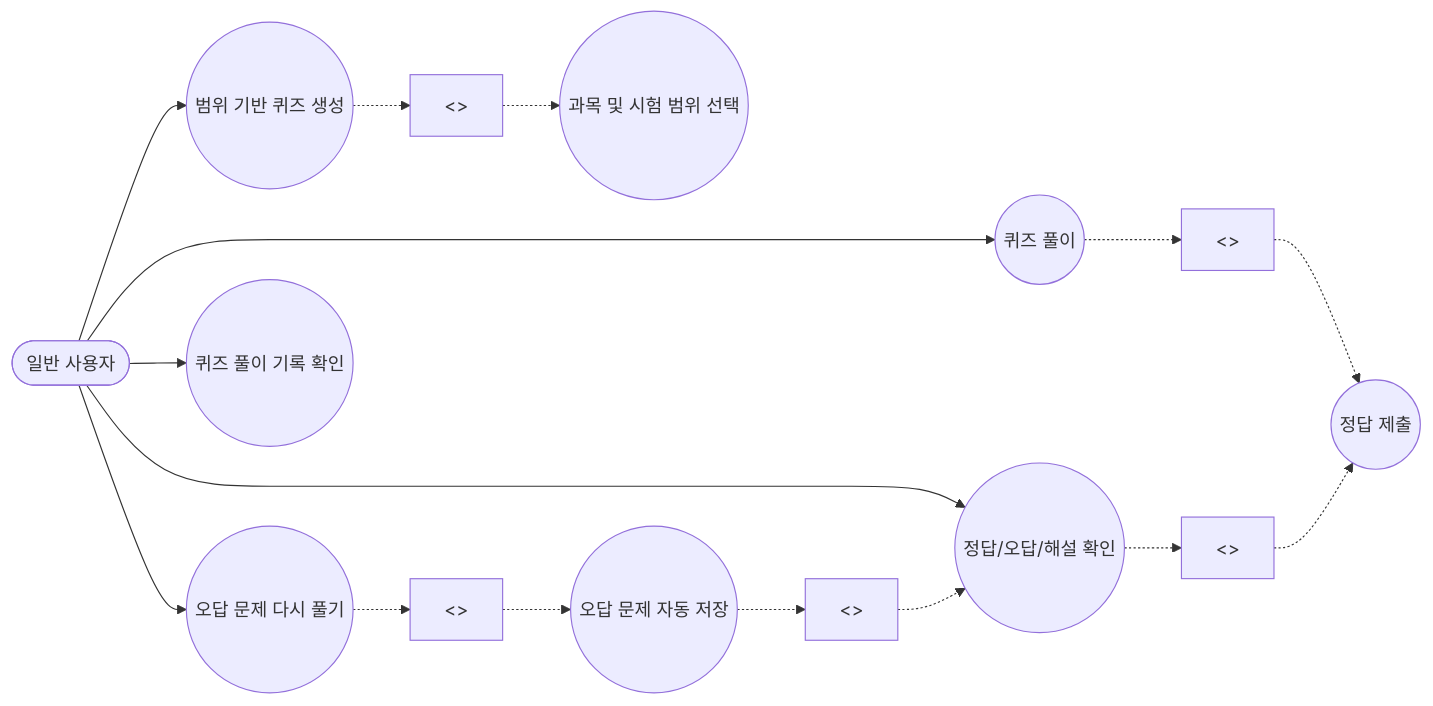
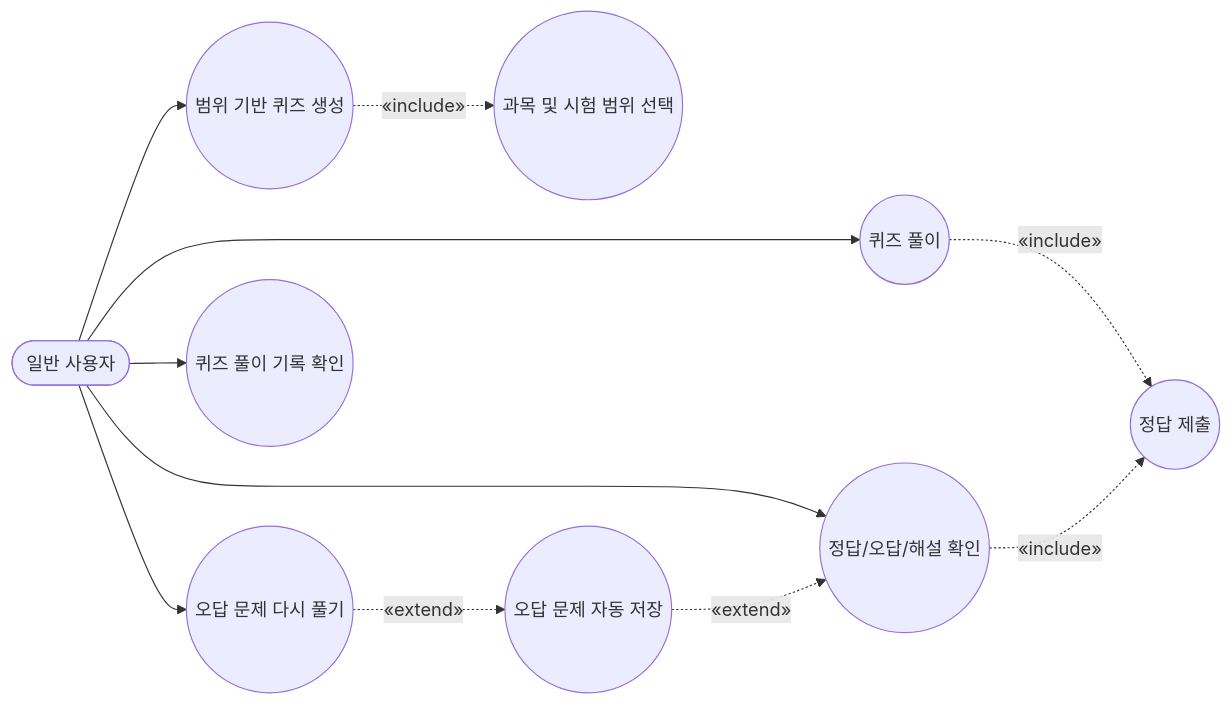
One commit to meaterick/sw-words changed the first of 2 diagrams in docs/M2/UML 다이어그램.md. Above: the diagram before and after it, drawn with Mermaid.

Commit message:
Update UML 다이어그램.md

````diff
--- a/docs/M2/UML 다이어그램.md
+++ b/docs/M2/UML 다이어그램.md
@@ -19,35 +19,31 @@
 ```mermaid
 flowchart LR
-    User([일반 사용자])
+    %% 사용자
+    User([일반 사용자])
 
-    UC1((과목 및 시험 범위 선택))
-    UC2((범위 기반 퀴즈 생성))
-    UC3((퀴즈 풀이))
-    UC4((정답 제출))
-    UC5((정답/오답/해설 확인))
-    UC6((오답 문제 자동 저장))
-    UC7((오답 문제 다시 풀기))
-    UC8((퀴즈 풀이 기록 확인))
+    %% 유스케이스
+    UC1((과목 및 시험 범위 선택))
+    UC2((범위 기반 퀴즈 생성))
+    UC3((퀴즈 풀이))
+    UC4((정답 제출))
+    UC5((정답/오답/해설 확인))
+    UC6((오답 문제 자동 저장))
+    UC7((오답 문제 다시 풀기))
+    UC8((퀴즈 풀이 기록 확인))
 
-    INC1[<<include>>]
-    INC2[<<include>>]
-    INC3[<<include>>]
+    %% 사용자 연결
+    User --> UC2
+    User --> UC3
+    User --> UC5
+    User --> UC7
+    User --> UC8
 
-    EXT1[<<extend>>]
-    EXT2[<<extend>>]
+    %% include 관계
+    UC2 -. «include» .-> UC1
+    UC3 -. «include» .-> UC4
+    UC5 -. «include» .-> UC4
 
-    User --> UC2
-    User --> UC3
-    User --> UC5
-    User --> UC7
-    User --> UC8
-
-    %% include 관계
-    UC2 -.-> INC1 -.-> UC1
-    UC3 -.-> INC2 -.-> UC4
-    UC5 -.-> INC3 -.-> UC4
-
-    %% extend 관계
-    UC6 -.-> EXT1 -.-> UC5
-    UC7 -.-> EXT2 -.-> UC6
+    %% extend 관계
+    UC6 -. «extend» .-> UC5
+    UC7 -. «extend» .-> UC6
 ```
````
